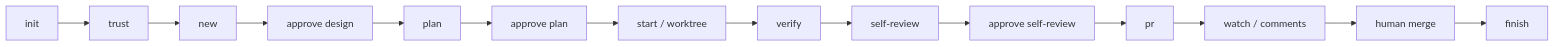
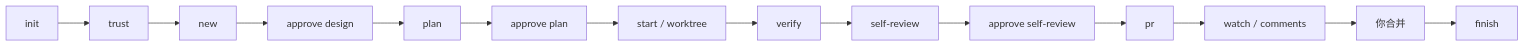
The diagram in README.zh-CN.md (PenguinSoul/claude-codeflow), drawn with Mermaid before and after one commit. The commit also changed other lines of this file and 1 other file, not shown here.

````diff
--- a/README.zh-CN.md
+++ b/README.zh-CN.md
@@ -54,16 +41,16 @@
 ```mermaid
 flowchart LR
   A[init] --> B[trust]
   B --> C[new]
   C --> D[approve design]
   D --> E[plan]
   E --> F[approve plan]
   F --> G[start / worktree]
   G --> H[verify]
   H --> I[self-review]
   I --> J[approve self-review]
   J --> K[pr]
   K --> L[watch / comments]
-  L --> M[human merge]
+  L --> M[你合并]
   M --> N[finish]
 ```
````
